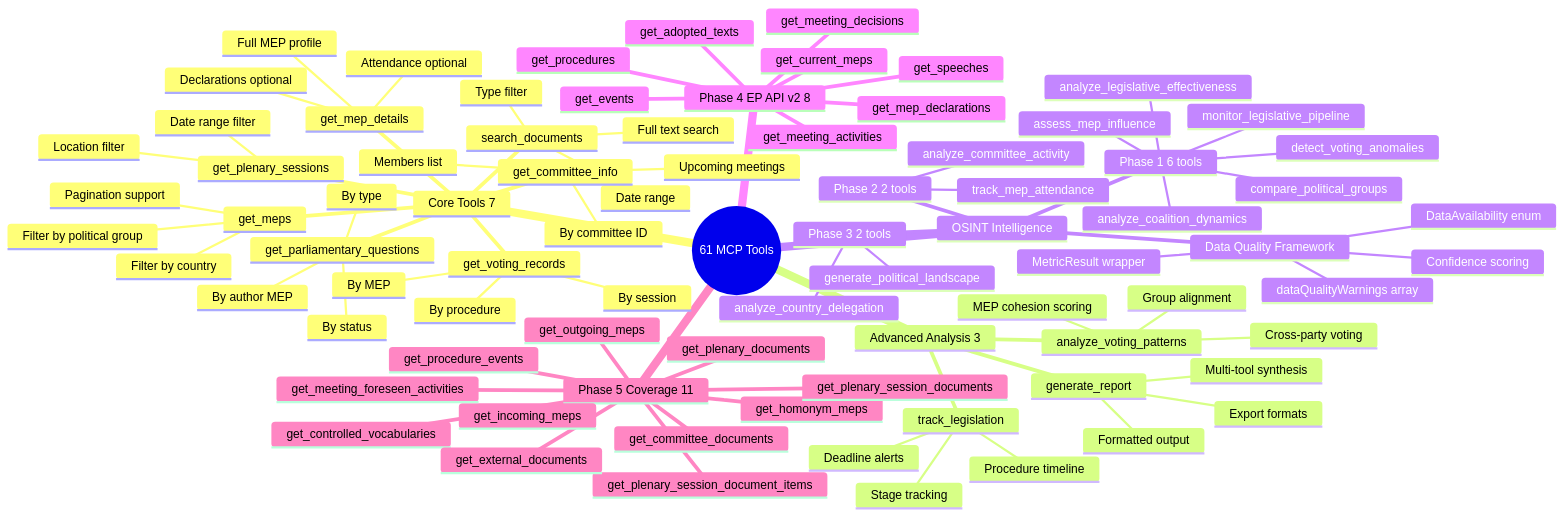
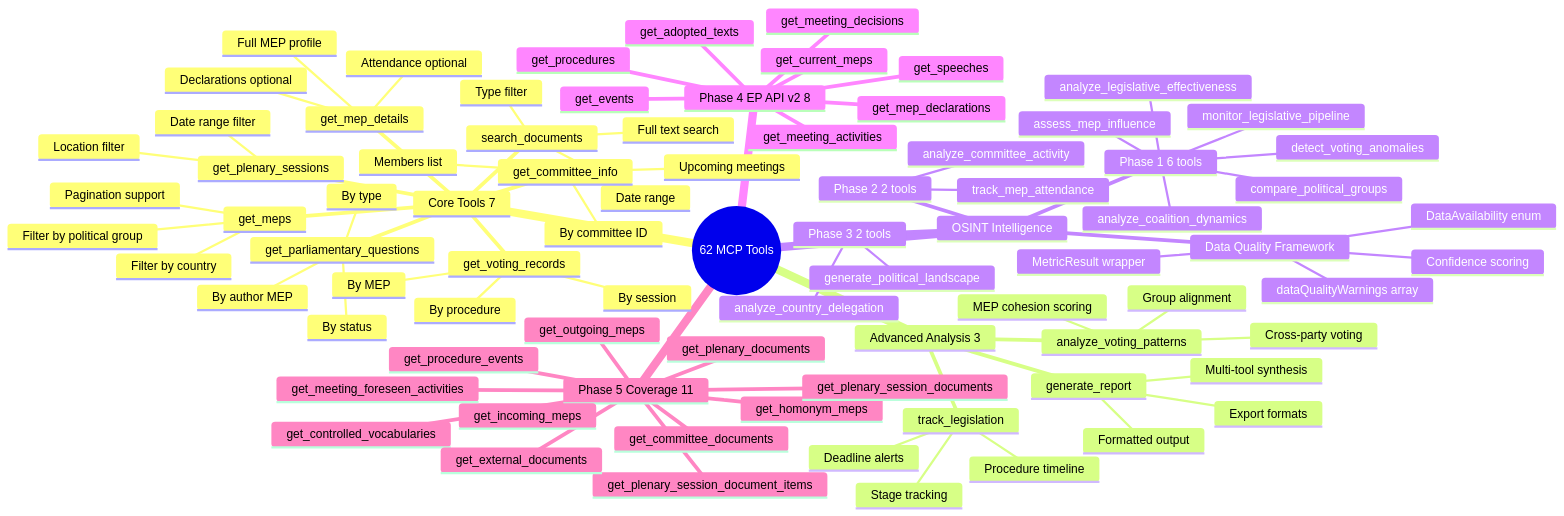
Before and after one commit to Hack23/European-Parliament-MCP-Server: the third of 5 diagrams in MINDMAP.md, drawn with Mermaid. The commit also changed 55 other files, not shown here.

````diff
--- a/MINDMAP.md
+++ b/MINDMAP.md
@@ -229,6 +229,6 @@
 ```mermaid
 mindmap
-  root((61 MCP Tools))
+  root((62 MCP Tools))
     Core Tools 7
       get_meps
         Filter by country
````
